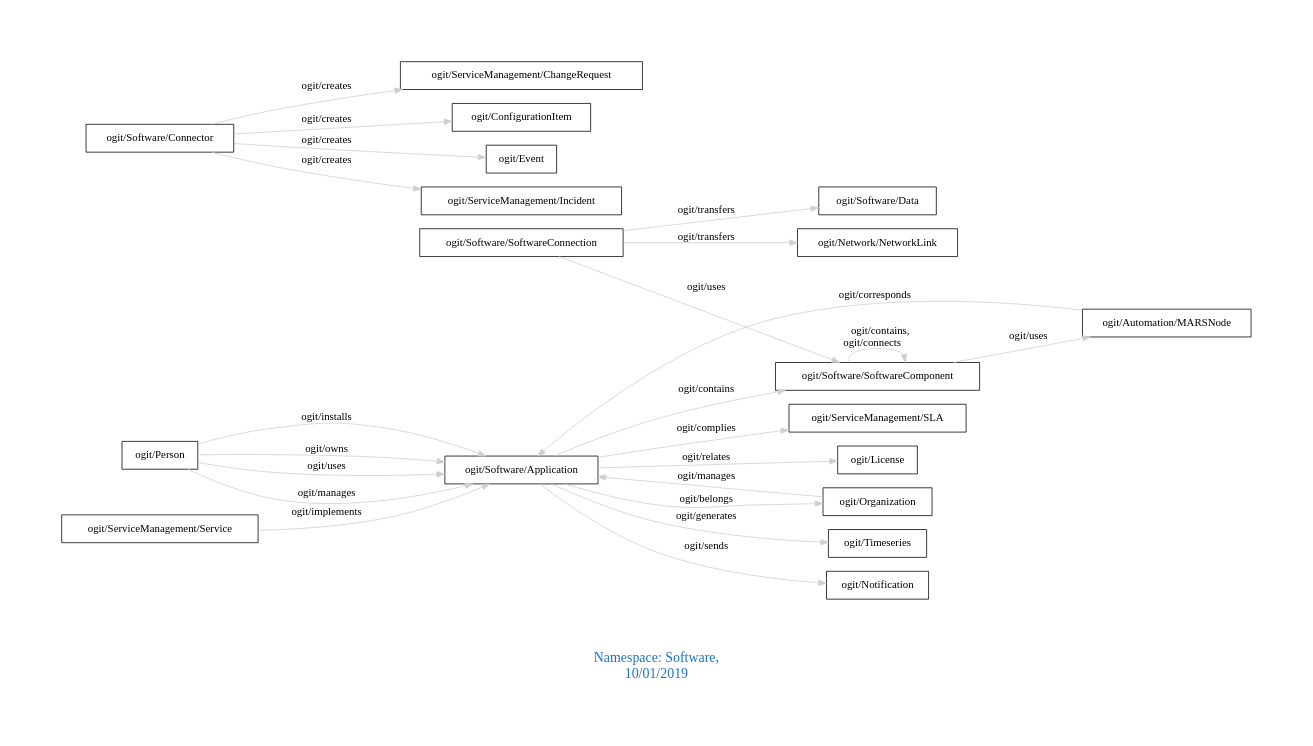
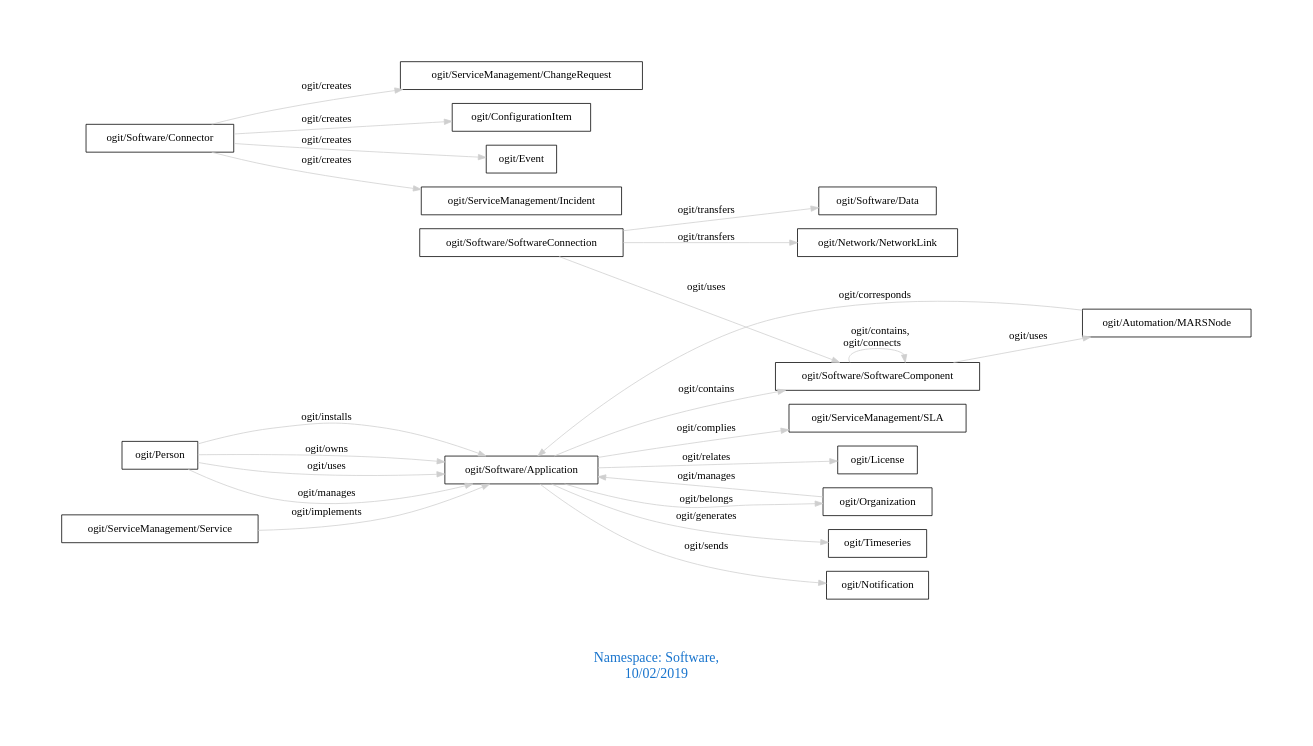
Before and after one commit to arago/OGIT: the diagram in downloads/Software.dot, drawn with Graphviz. The commit also changed 151 other files, not shown here.

```diff
--- a/downloads/Software.dot
+++ b/downloads/Software.dot
@@ -1,30 +1,30 @@
 digraph OGIT_ontology {
  graph [ rankdir= LR,pad=1 
 fontsize = 18,
-fontcolor= dodgerblue3,label = "\n\n\nNamespace: Software, \n 10/01/2019"];
+fontcolor= dodgerblue3,label = "\n\n\nNamespace: Software, \n 10/02/2019"];
 node[shape=polygon];
 edge [  color="gray81"];
 
    "ogit/Software/Application" -> "ogit/Software/SoftwareComponent" [label="   ogit/contains    "];
    "ogit/Organization" -> "ogit/Software/Application" [label="   ogit/manages    "];
    "ogit/Person" -> "ogit/Software/Application" [label="   ogit/manages    "];
    "ogit/Software/Application" -> "ogit/Timeseries" [label="   ogit/generates    "];
    "ogit/Software/Application" -> "ogit/Notification" [label="   ogit/sends    "];
    "ogit/Software/Connector" -> "ogit/ServiceManagement/ChangeRequest" [label="   ogit/creates    "];
    "ogit/Software/Connector" -> "ogit/ConfigurationItem" [label="   ogit/creates    "];
    "ogit/Software/Connector" -> "ogit/Event" [label="   ogit/creates    "];
    "ogit/Software/Connector" -> "ogit/ServiceManagement/Incident" [label="   ogit/creates    "];
    "ogit/Software/Application" -> "ogit/ServiceManagement/SLA" [label="   ogit/complies    "];
    "ogit/Automation/MARSNode" -> "ogit/Software/Application" [label="   ogit/corresponds    "];
    "ogit/Person" -> "ogit/Software/Application" [label="   ogit/installs    "];
    "ogit/Software/SoftwareConnection" -> "ogit/Software/Data" [label="   ogit/transfers    "];
    "ogit/Software/SoftwareConnection" -> "ogit/Network/NetworkLink" [label="   ogit/transfers    "];
    "ogit/ServiceManagement/Service" -> "ogit/Software/Application" [label="   ogit/implements    "];
    "ogit/Person" -> "ogit/Software/Application" [label="   ogit/owns    "];
    "ogit/Software/Application" -> "ogit/Organization" [label="   ogit/belongs    "];
    "ogit/Software/SoftwareComponent" -> "ogit/Automation/MARSNode" [label="   ogit/uses    "];
    "ogit/Software/SoftwareConnection" -> "ogit/Software/SoftwareComponent" [label="   ogit/uses    "];
    "ogit/Person" -> "ogit/Software/Application" [label="   ogit/uses    "];
    "ogit/Software/Application" -> "ogit/License" [label="   ogit/relates    "];
    "ogit/Software/SoftwareComponent" -> "ogit/Software/SoftwareComponent" [label="   ogit/contains, \n ogit/connects    "];
 }
```
